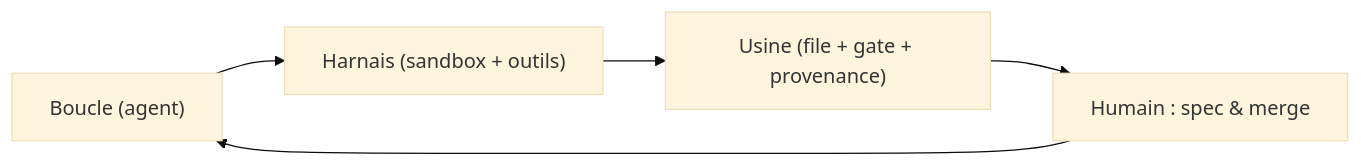
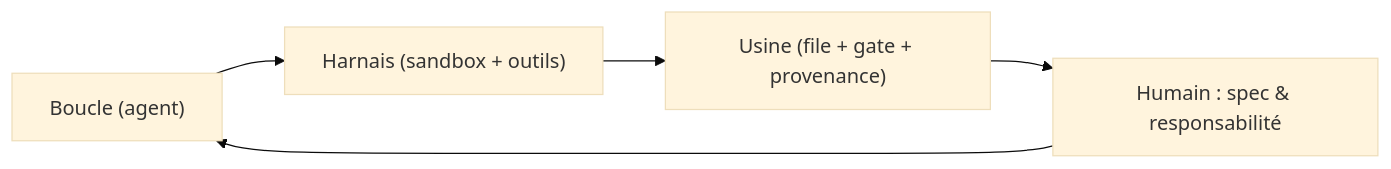
One commit to Smana/smana.github.io changed the first of 5 diagrams in content/fr/post/series/agentic_ai/cloud-native-agent-factory/index.md. Above: the diagram before and after it, drawn with Mermaid (base theme). The commit also changed other lines of this file and 2 other files, not shown here.

````diff
--- a/content/fr/post/series/agentic_ai/cloud-native-agent-factory/index.md
+++ b/content/fr/post/series/agentic_ai/cloud-native-agent-factory/index.md
@@ -46,7 +46,7 @@
 ```mermaid
 flowchart LR
   Boucle["Boucle (agent)"] --> Harnais["Harnais (sandbox + outils)"]
   Harnais --> Usine["Usine (file + gate + provenance)"]
-  Usine --> Humain["Humain : spec & merge"]
+  Usine --> Humain["Humain : spec & responsabilité"]
   Humain --> Boucle
 ```
````
